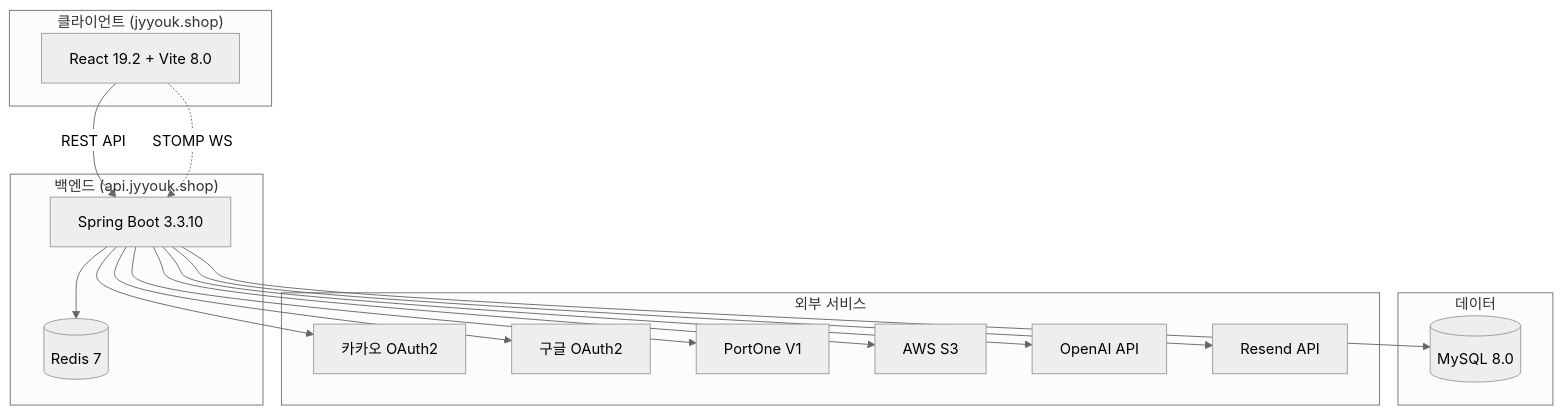
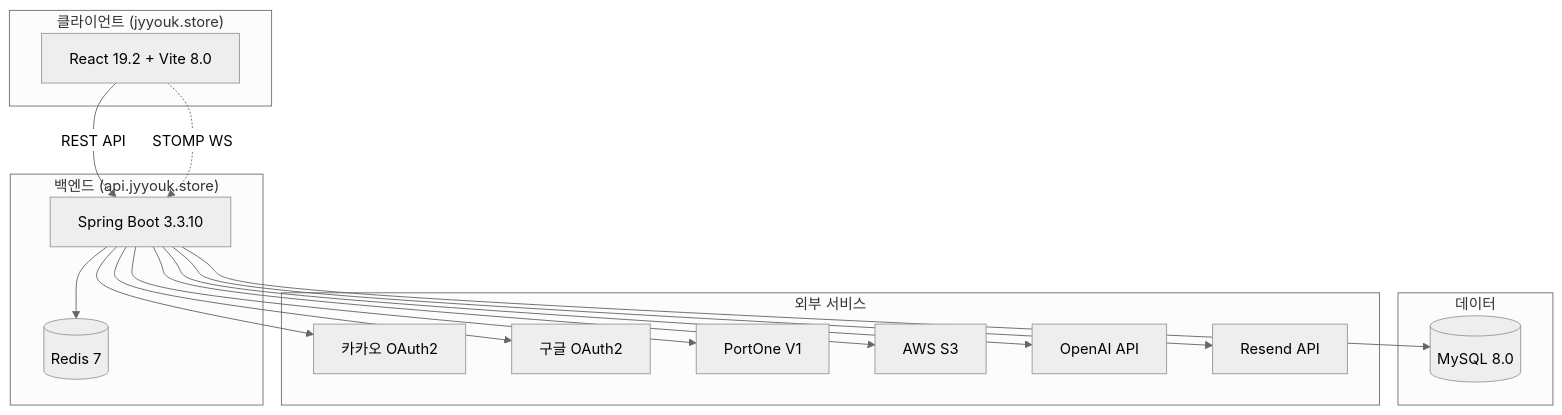
One commit to Youkjooyoung/stock-dashboard-frontend changed the diagram in docs/README.md. Above: the diagram before and after it, drawn with Mermaid (neutral theme). The commit also changed other lines of this file and 13 other files, not shown here.

First line of the commit message:
fix(deploy): switch frontend domain to jyyouk.store

````diff
--- a/docs/README.md
+++ b/docs/README.md
@@ -49,35 +49,35 @@
 ```mermaid
 graph TB
-    subgraph Client["클라이언트 (jyyouk.shop)"]
+    subgraph Client["클라이언트 (jyyouk.store)"]
         React["React 19.2 + Vite 8.0"]
     end
 
-    subgraph Backend["백엔드 (api.jyyouk.shop)"]
+    subgraph Backend["백엔드 (api.jyyouk.store)"]
         Spring["Spring Boot 3.3.10"]
         Redis[(Redis 7)]
     end
 
     subgraph Data["데이터"]
         MySQL[(MySQL 8.0)]
     end
 
     subgraph External["외부 서비스"]
         Kakao["카카오 OAuth2"]
         Google["구글 OAuth2"]
         PortOne["PortOne V1"]
         S3["AWS S3"]
         OpenAI["OpenAI API"]
         Resend["Resend API"]
     end
 
     React -->|REST API| Spring
     React -.->|STOMP WS| Spring
     Spring --> Redis
     Spring --> MySQL
     Spring --> Kakao
     Spring --> Google
     Spring --> PortOne
     Spring --> S3
     Spring --> OpenAI
     Spring --> Resend
 ```
````
